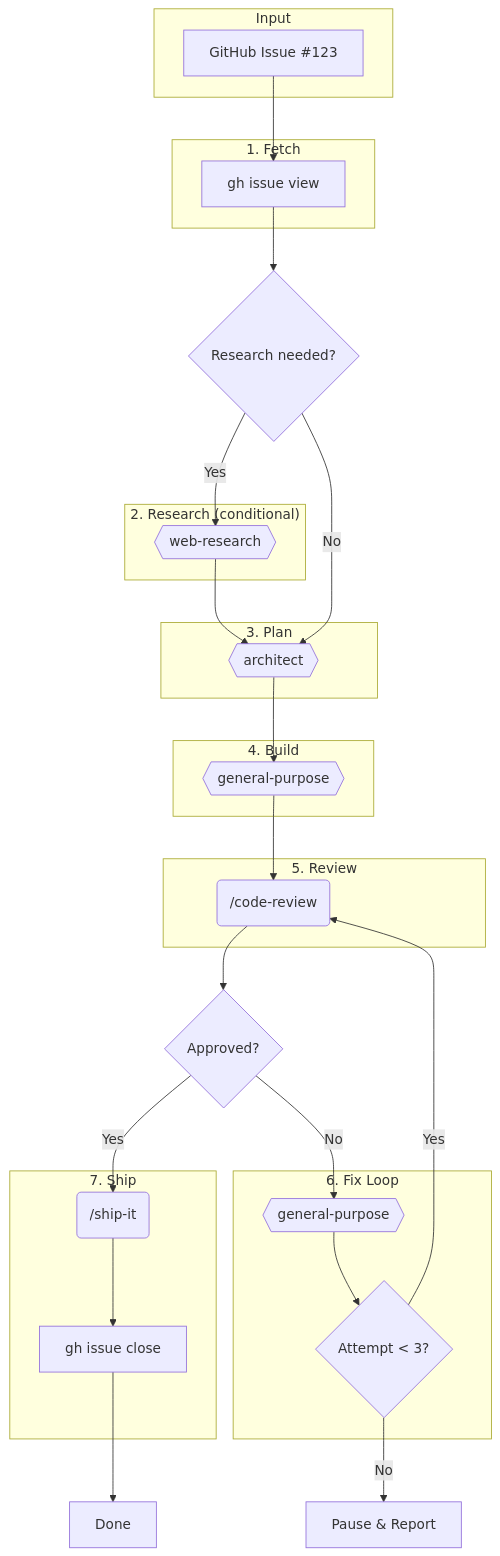
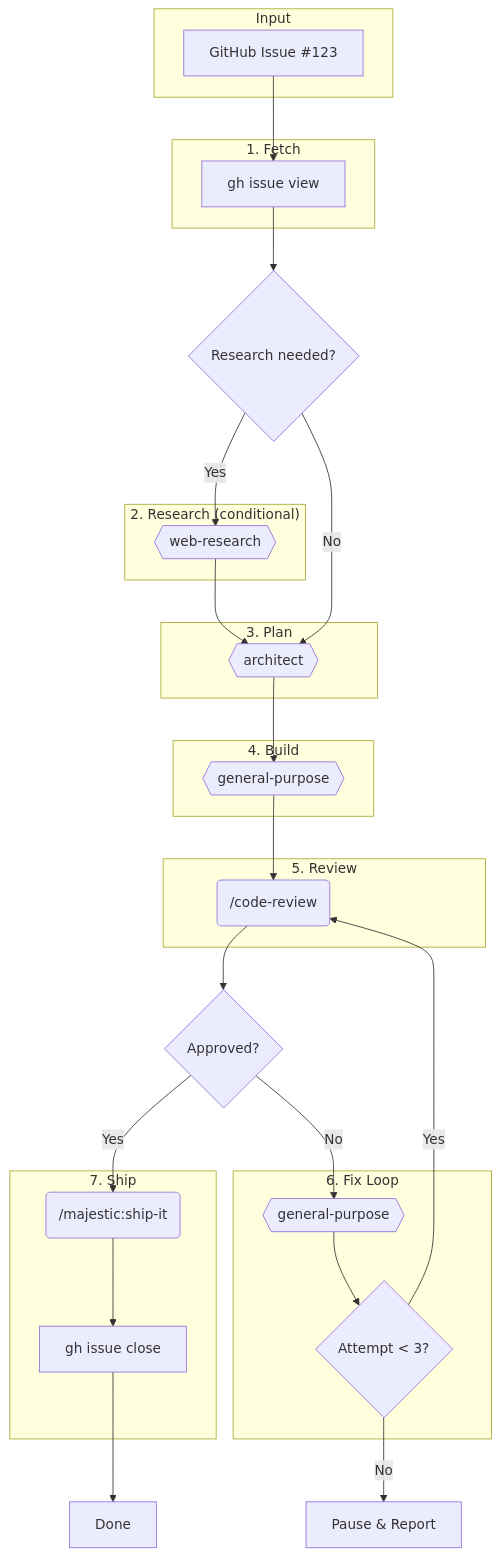
One commit to majesticlabs-dev/majestic-marketplace changed the diagram in plugins/majestic-engineer/commands/workflows/build-task.md. Above: the diagram before and after it, drawn with Mermaid. The commit also changed other lines of this file and 12 other files, not shown here.

````diff
--- a/plugins/majestic-engineer/commands/workflows/build-task.md
+++ b/plugins/majestic-engineer/commands/workflows/build-task.md
@@ -22,51 +23,51 @@
 ```mermaid
 flowchart TD
     subgraph Input
         A[GitHub Issue #123]
     end
 
     subgraph "1. Fetch"
         B[gh issue view]
     end
 
     subgraph "2. Research (conditional)"
         C{{web-research}}
     end
 
     subgraph "3. Plan"
         D{{architect}}
     end
 
     subgraph "4. Build"
         E{{general-purpose}}
     end
 
     subgraph "5. Review"
         F(/code-review)
     end
 
     subgraph "6. Fix Loop"
         G{{general-purpose}}
         H{Attempt < 3?}
     end
 
     subgraph "7. Ship"
-        I(/ship-it)
+        I(/majestic:ship-it)
         J[gh issue close]
     end
 
     A --> B
     B --> K{Research needed?}
     K -->|Yes| C --> D
     K -->|No| D
     D --> E
     E --> F
     F --> L{Approved?}
     L -->|Yes| I
     L -->|No| G
     G --> H
     H -->|Yes| F
     H -->|No| M[Pause & Report]
     I --> J
     J --> N[Done]
 ```
````
